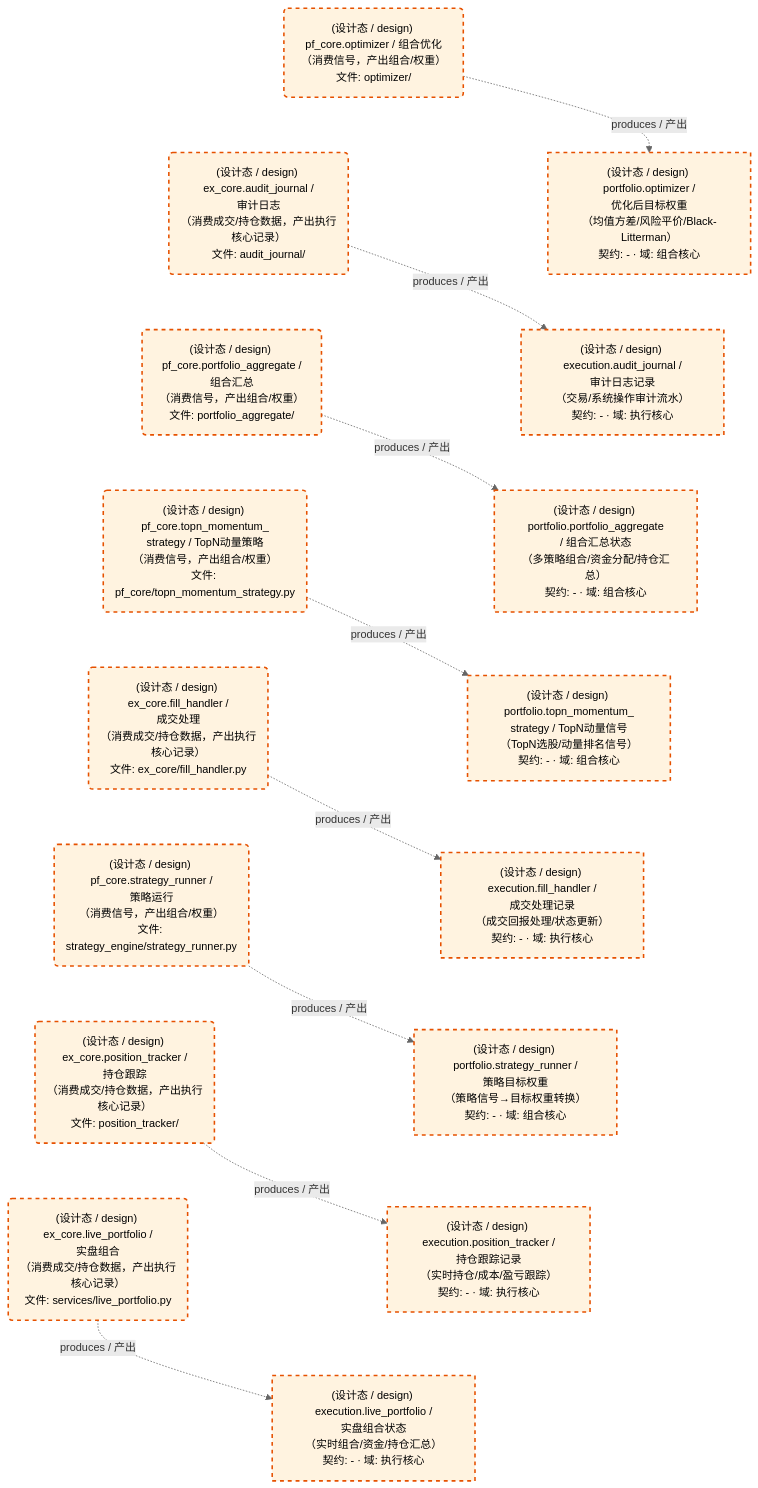
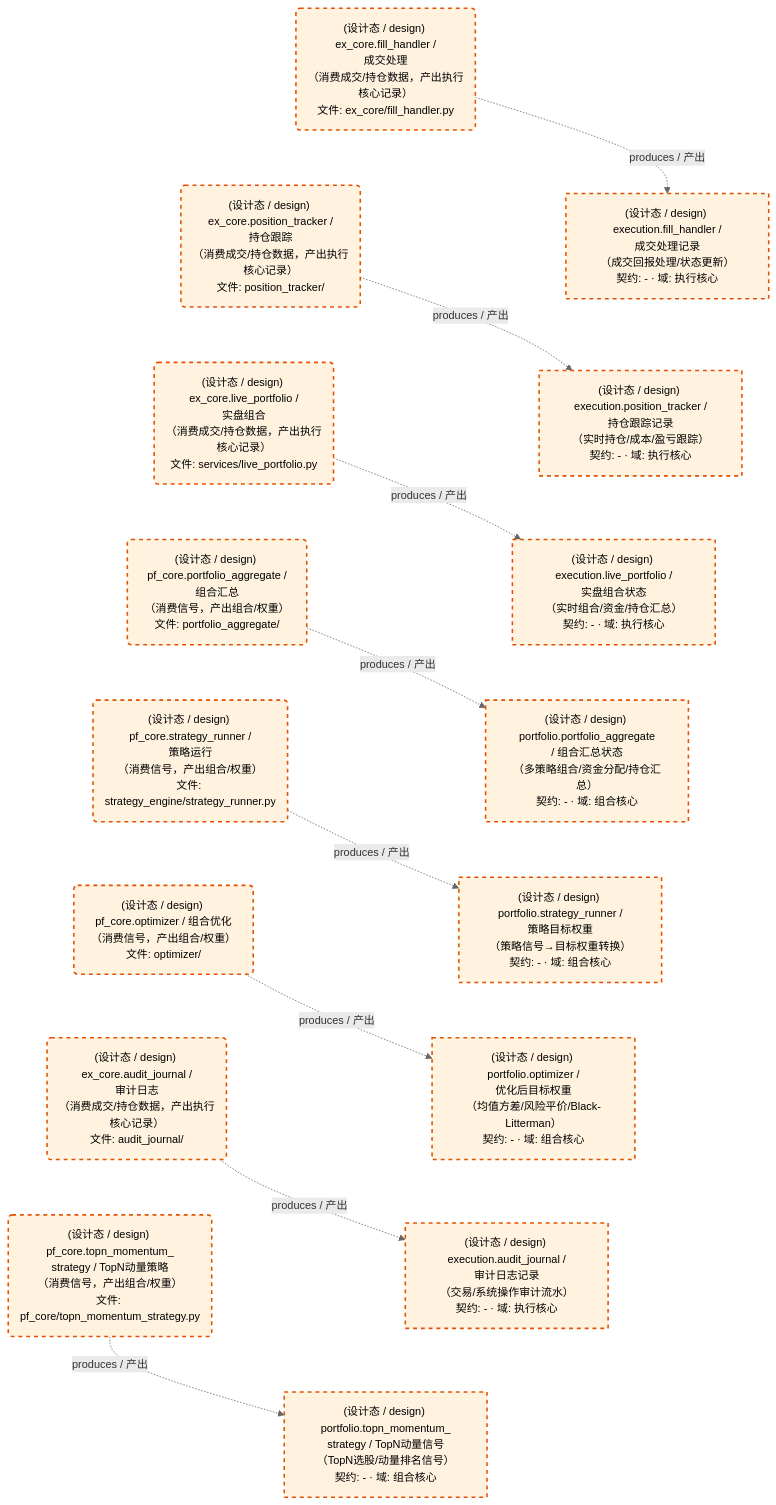
Before and after one commit to xuanFelixVan/ZephyrAlpha: the third of 3 diagrams in docs/02_enterprise_architecture/05_dataflow_architecture/d_ex_pf_core.md, drawn with Mermaid. The commit also changed other lines of this file and 12 other files, not shown here.

````diff
--- a/docs/02_enterprise_architecture/05_dataflow_architecture/d_ex_pf_core.md
+++ b/docs/02_enterprise_architecture/05_dataflow_architecture/d_ex_pf_core.md
@@ -144,47 +144,47 @@
 ```mermaid
 %%{init: {'theme': 'base', 'themeVariables': {'primaryColor': '#eaeaea', 'primaryTextColor': '#333333', 'primaryBorderColor': '#666666', 'lineColor': '#666666', 'secondaryColor': '#eaeaea', 'tertiaryColor': '#eaeaea', 'clusterBkg': 'transparent', 'clusterBorder': 'transparent', 'fontSize': '14px'}}}%%
 flowchart TD
     DS11263["(设计态 / design) execution.audit_journal /<br/>审计日志记录<br/>（交易/系统操作审计流水）<br/>契约: - · 域: 执行核心"]
     DS11264["(设计态 / design) execution.fill_handler /<br/>成交处理记录<br/>（成交回报处理/状态更新）<br/>契约: - · 域: 执行核心"]
     DS11266["(设计态 / design) execution.live_portfolio /<br/>实盘组合状态<br/>（实时组合/资金/持仓汇总）<br/>契约: - · 域: 执行核心"]
     DS11265["(设计态 / design) execution.position_tracker /<br/>持仓跟踪记录<br/>（实时持仓/成本/盈亏跟踪）<br/>契约: - · 域: 执行核心"]
     DS11267["(设计态 / design) portfolio.optimizer /<br/>优化后目标权重<br/>（均值方差/风险平价/Black-Litterman）<br/>契约: - · 域: 组合核心"]
     DS11268["(设计态 / design) portfolio.portfolio_aggregate<br/>/ 组合汇总状态<br/>（多策略组合/资金分配/持仓汇总）<br/>契约: - · 域: 组合核心"]
     DS11269["(设计态 / design) portfolio.strategy_runner /<br/>策略目标权重<br/>（策略信号→目标权重转换）<br/>契约: - · 域: 组合核心"]
     DS11270["(设计态 / design) portfolio.topn_momentum_<br/>strategy / TopN动量信号<br/>（TopN选股/动量排名信号）<br/>契约: - · 域: 组合核心"]
     JOB757627("(设计态 / design) ex_core.audit_journal /<br/>审计日志<br/>（消费成交/持仓数据，产出执行核心记录）<br/>文件: audit_journal/")
     JOB757628("(设计态 / design) ex_core.fill_handler /<br/>成交处理<br/>（消费成交/持仓数据，产出执行核心记录）<br/>文件: ex_core/fill_handler.py")
     JOB757630("(设计态 / design) ex_core.live_portfolio /<br/>实盘组合<br/>（消费成交/持仓数据，产出执行核心记录）<br/>文件: services/live_portfolio.py")
     JOB757629("(设计态 / design) ex_core.position_tracker /<br/>持仓跟踪<br/>（消费成交/持仓数据，产出执行核心记录）<br/>文件: position_tracker/")
     JOB757631("(设计态 / design) pf_core.optimizer / 组合优化<br/>（消费信号，产出组合/权重）<br/>文件: optimizer/")
     JOB757632("(设计态 / design) pf_core.portfolio_aggregate /<br/>组合汇总<br/>（消费信号，产出组合/权重）<br/>文件: portfolio_aggregate/")
     JOB757633("(设计态 / design) pf_core.strategy_runner /<br/>策略运行<br/>（消费信号，产出组合/权重）<br/>文件: strategy_engine/strategy_runner.py")
     JOB757634("(设计态 / design) pf_core.topn_momentum_<br/>strategy / TopN动量策略<br/>（消费信号，产出组合/权重）<br/>文件: pf_core/topn_momentum_strategy.py")
     JOB757627 -.->|produces / 产出| DS11263
     JOB757628 -.->|produces / 产出| DS11264
     JOB757629 -.->|produces / 产出| DS11265
     JOB757630 -.->|produces / 产出| DS11266
     JOB757631 -.->|produces / 产出| DS11267
     JOB757632 -.->|produces / 产出| DS11268
     JOB757633 -.->|produces / 产出| DS11269
     JOB757634 -.->|produces / 产出| DS11270
+    JOB757628 ~~~ JOB757629
+    JOB757629 ~~~ JOB757630
+    JOB757630 ~~~ JOB757632
+    JOB757632 ~~~ JOB757633
+    JOB757633 ~~~ JOB757631
     JOB757631 ~~~ JOB757627
-    JOB757627 ~~~ JOB757632
-    JOB757632 ~~~ JOB757634
-    JOB757634 ~~~ JOB757628
-    JOB757628 ~~~ JOB757633
-    JOB757633 ~~~ JOB757629
-    JOB757629 ~~~ JOB757630
+    JOB757627 ~~~ JOB757634
+    DS11264 ~~~ DS11265
+    DS11265 ~~~ DS11266
+    DS11266 ~~~ DS11268
+    DS11268 ~~~ DS11269
+    DS11269 ~~~ DS11267
     DS11267 ~~~ DS11263
-    DS11263 ~~~ DS11268
-    DS11268 ~~~ DS11270
-    DS11270 ~~~ DS11264
-    DS11264 ~~~ DS11269
-    DS11269 ~~~ DS11265
-    DS11265 ~~~ DS11266
+    DS11263 ~~~ DS11270
     classDef production fill:#e1f5fe,stroke:#01579b,stroke-width:2px,color:#000
     classDef design fill:#fff3e0,stroke:#e65100,stroke-width:2px,color:#000,stroke-dasharray: 5 5
     classDef external_prod fill:#e8f4fd,stroke:#0277bd,stroke-width:1px,color:#000
     classDef external_design fill:#fff8e7,stroke:#ef6c00,stroke-width:1px,color:#000,stroke-dasharray: 5 5
     class DS11263,DS11264,DS11266,DS11265,DS11267,DS11268,DS11269,DS11270,JOB757627,JOB757628,JOB757630,JOB757629,JOB757631,JOB757632,JOB757633,JOB757634 design
 ```
````
